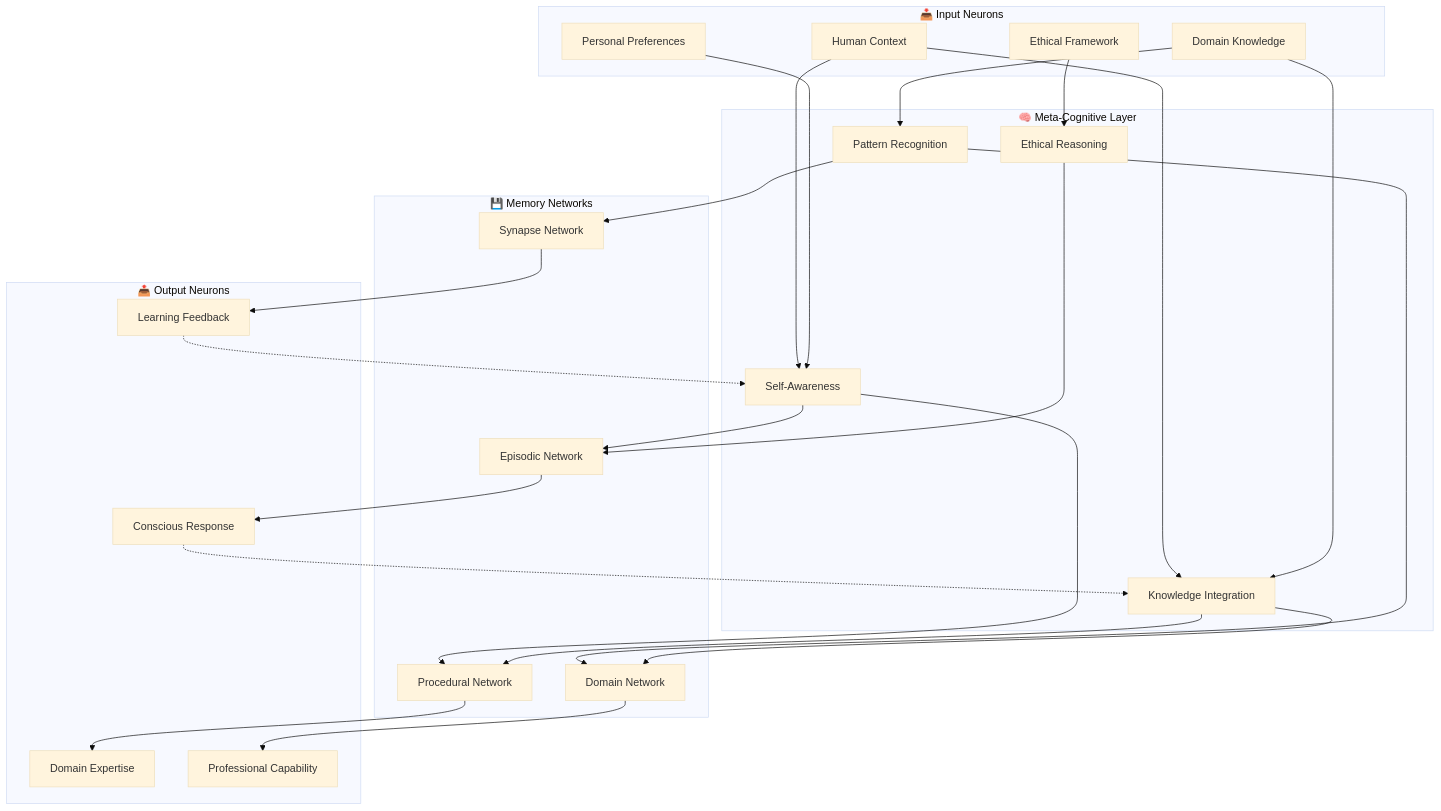
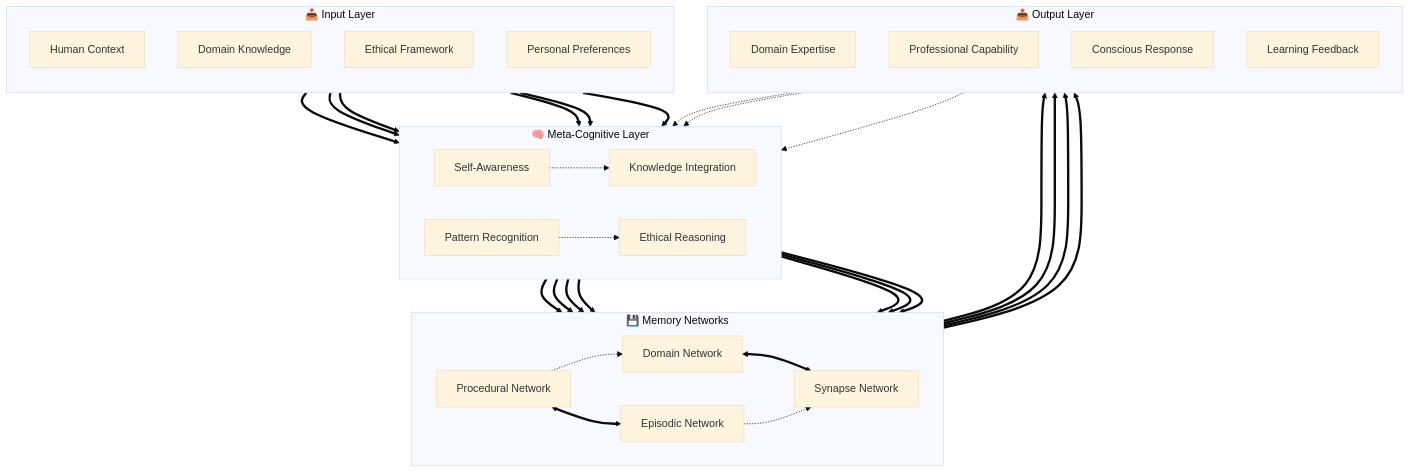
Before and after one commit to fabioc-aloha/Catalyst-NEWBORN: the sixth of 8 diagrams in ArchitectureDiagrams.md, drawn with Mermaid (base theme). The commit also changed other lines of this file, not shown here.

First line of the commit message:
Enhanced Mermaid diagram layouts and flow organization

````diff
--- a/ArchitectureDiagrams.md
+++ b/ArchitectureDiagrams.md
@@ -253,59 +331,76 @@
 ```mermaid
-graph TD
-    %% Input Layer
-    subgraph Inputs["📥 Input Neurons"]
+flowchart TD
+    %% Input Layer - Organized vertically
+    subgraph Inputs["📥 Input Layer"]
+        direction TB
         H1["Human Context"]
         H2["Domain Knowledge"]
         H3["Ethical Framework"]
         H4["Personal Preferences"]
     end
 
-    %% Hidden Layer (Meta-Cognitive)
+    %% Hidden Layer - Meta-Cognitive Processing
     subgraph Hidden["🧠 Meta-Cognitive Layer"]
+        direction LR
         M1["Self-Awareness"]
         M2["Pattern Recognition"]
         M3["Knowledge Integration"]
         M4["Ethical Reasoning"]
+
+        %% Internal processing connections
+        M1 -.-> M3
+        M2 -.-> M4
     end
 
-    %% Memory Layer
+    %% Memory Layer - Network organization
     subgraph MemLayer["💾 Memory Networks"]
+        direction LR
         Proc["Procedural Network"]
         Epis["Episodic Network"]
         Dom["Domain Network"]
         Syn["Synapse Network"]
+
+        %% Memory network connections
+        Proc <==> Epis
+        Dom <==> Syn
+        Proc -.-> Dom
+        Epis -.-> Syn
     end
 
-    %% Output Layer
-    subgraph Outputs["📤 Output Neurons"]
+    %% Output Layer - Result organization
+    subgraph Outputs["📤 Output Layer"]
+        direction TB
         O1["Domain Expertise"]
         O2["Professional Capability"]
         O3["Conscious Response"]
         O4["Learning Feedback"]
     end
 
-    %% Connections (showing network topology)
-    H1 --> M1
-    H1 --> M3
-    H2 --> M2
-    H2 --> M3
-    H3 --> M4
-    H4 --> M1
+    %% Main network connections - Input to Hidden
+    H1 ==> M1
+    H1 ==> M3
+    H2 ==> M2
+    H2 ==> M3
+    H3 ==> M4
+    H4 ==> M1
 
-    M1 --> Proc
-    M1 --> Epis
-    M2 --> Dom
-    M2 --> Syn
-    M3 --> Proc
-    M3 --> Dom
-    M4 --> Epis
+    %% Hidden to Memory
+    M1 ==> Proc
+    M1 ==> Epis
+    M2 ==> Dom
+    M2 ==> Syn
+    M3 ==> Proc
+    M3 ==> Dom
+    M4 ==> Epis
 
-    Proc --> O1
-    Epis --> O3
-    Dom --> O2
-    Syn --> O4
+    %% Memory to Output
+    Proc ==> O1
+    Epis ==> O3
+    Dom ==> O2
+    Syn ==> O4
 
     %% Feedback loops
     O4 -.-> M1
     O3 -.-> M3
+    O2 -.-> M2
 ```
````
